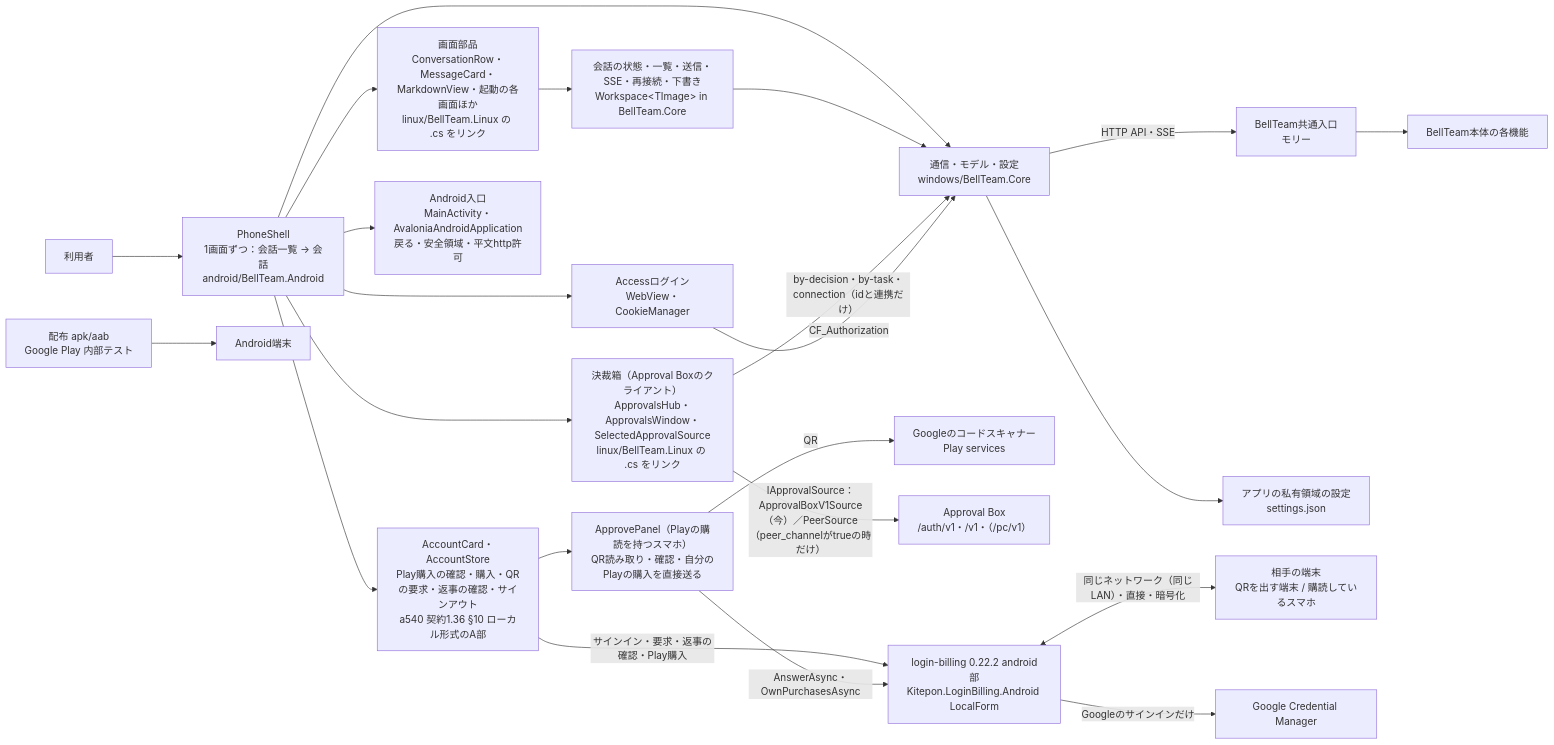
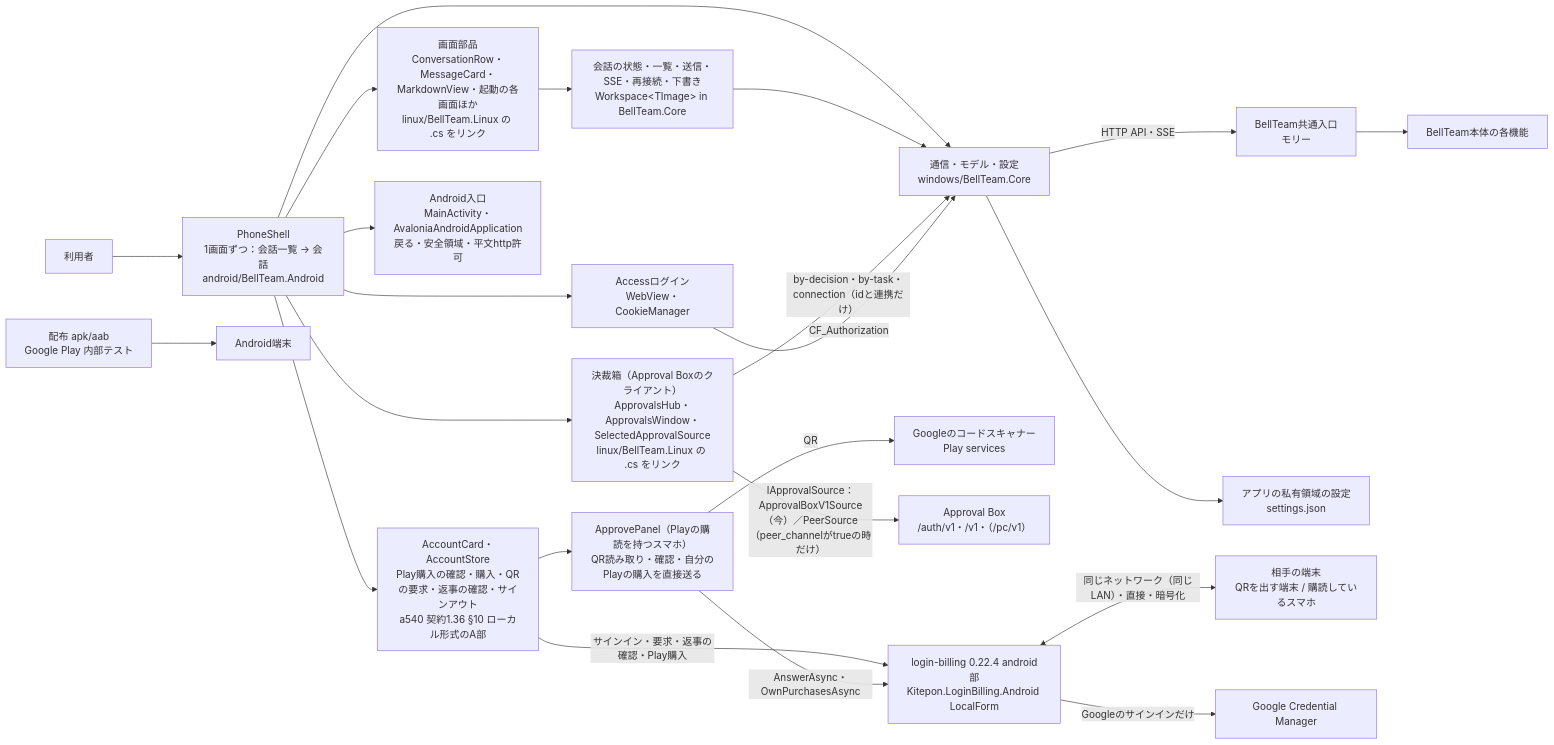
Before and after one commit to kitepon/BellTeam: the first of 2 diagrams in docs/android-architecture.md, drawn with Mermaid. The commit also changed other lines of this file and 7 other files, not shown here.

Commit message:
login-billing 0.22.4 pins; the app matches no QR or join-link text itself (IsLibraryQR in the scanner and in JoinLink)

````diff
--- a/docs/android-architecture.md
+++ b/docs/android-architecture.md
@@ -9,25 +9,25 @@
 ```mermaid
 flowchart LR
   user[利用者] --> shell[PhoneShell<br/>1画面ずつ：会話一覧 → 会話<br/>android/BellTeam.Android]
   shell --> views[画面部品<br/>ConversationRow・MessageCard・MarkdownView・起動の各画面ほか<br/>linux/BellTeam.Linux の .cs をリンク]
   views --> ws[会話の状態・一覧・送信・SSE・再接続・下書き<br/>Workspace&lt;TImage&gt; in BellTeam.Core]
   shell --> core[通信・モデル・設定<br/>windows/BellTeam.Core]
   ws --> core
   core -->|HTTP API・SSE| integration[BellTeam共通入口<br/>モリー]
   core --> local[アプリの私有領域の設定<br/>settings.json]
   shell --> account[AccountCard・AccountStore<br/>Play購入の確認・購入・QRの要求・返事の確認・サインアウト<br/>a540 契約1.36 §10 ローカル形式のA部]
   account --> approve[ApprovePanel（Playの購読を持つスマホ）<br/>QR読み取り・確認・自分のPlayの購入を直接送る]
   approve -->|QR| scanner[Googleのコードスキャナー<br/>Play services]
   shell --> abx[決裁箱（Approval Boxのクライアント）<br/>ApprovalsHub・ApprovalsWindow・SelectedApprovalSource<br/>linux/BellTeam.Linux の .cs をリンク]
   abx -->|IApprovalSource：ApprovalBoxV1Source（今）／PeerSource（peer_channelがtrueの時だけ）| abxsrv[Approval Box<br/>/auth/v1・/v1・（/pc/v1）]
   abx -->|by-decision・by-task・connection（idと連携だけ）| core
-  account -->|サインイン・要求・返事の確認・Play購入| lib[login-billing 0.22.2 android部<br/>Kitepon.LoginBilling.Android LocalForm]
+  account -->|サインイン・要求・返事の確認・Play購入| lib[login-billing 0.22.4 android部<br/>Kitepon.LoginBilling.Android LocalForm]
   approve -->|AnswerAsync・OwnPurchasesAsync| lib
   lib <-->|同じネットワーク（同じLAN）・直接・暗号化| peer[相手の端末<br/>QRを出す端末 / 購読しているスマホ]
   lib -->|Googleのサインインだけ| google[Google Credential Manager]
   shell --> access[Accessログイン<br/>WebView・CookieManager]
   access -->|CF_Authorization| core
   shell --> android[Android入口<br/>MainActivity・AvaloniaAndroidApplication<br/>戻る・安全領域・平文http許可]
   release[配布 apk/aab<br/>Google Play 内部テスト] --> device[Android端末]
   integration --> server[BellTeam本体の各機能]
 ```
````
